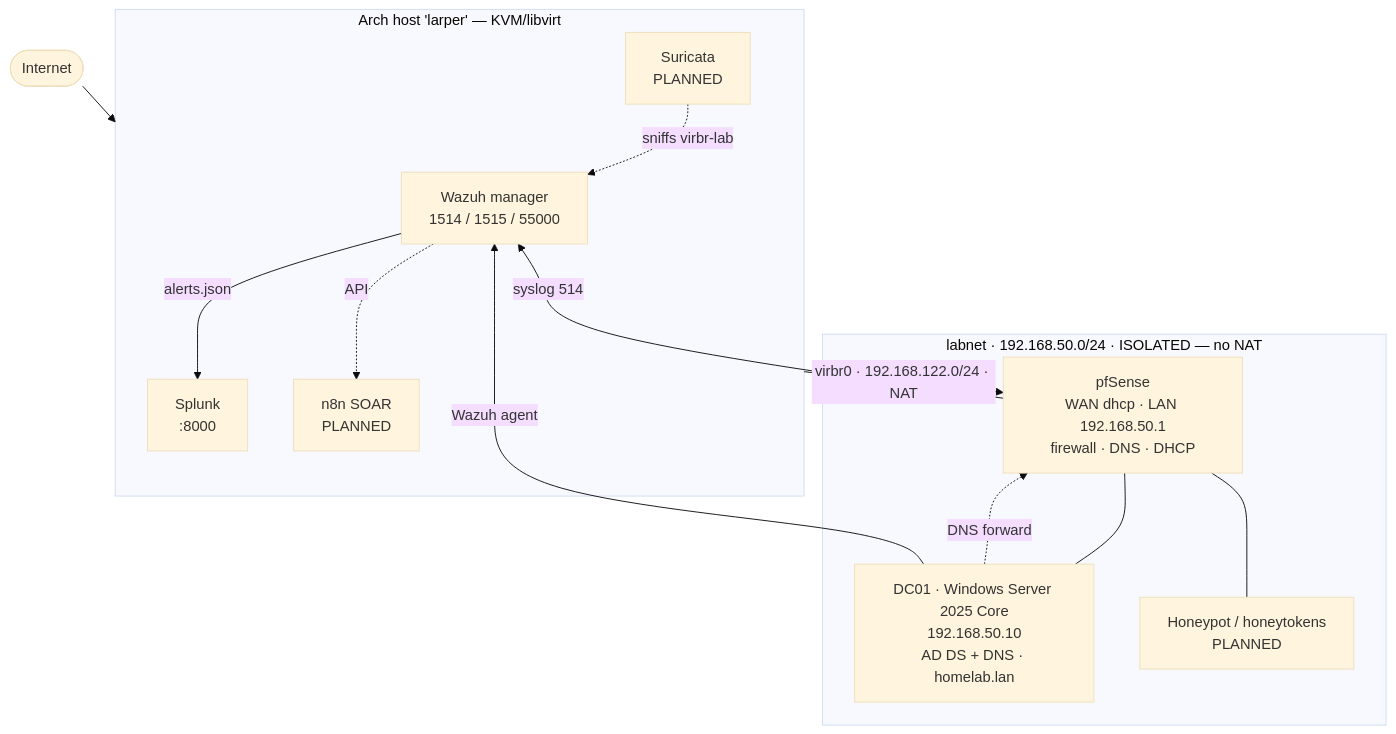
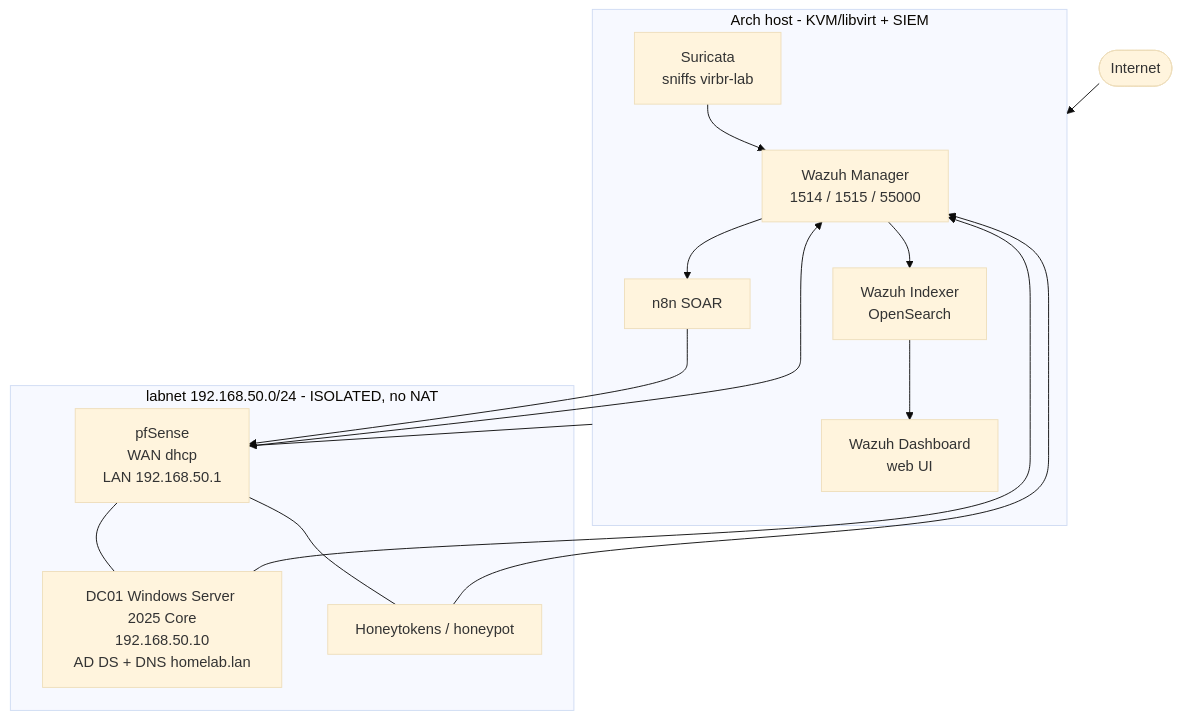
The diagram in README.md (HariCipher/soc-homelab), drawn with Mermaid (base theme) before and after one commit. The commit also changed other lines of this file and 29 other files, not shown here.

````diff
--- a/README.md
+++ b/README.md
@@ -16,29 +15,31 @@
 ```mermaid
 flowchart TB
-    NET([Internet])
+    NET(["Internet"])
 
-    subgraph HOST["Arch host 'larper' — KVM/libvirt"]
-        WZ[Wazuh manager<br/>1514 / 1515 / 55000]
-        SP[Splunk<br/>:8000]
-        N8[n8n SOAR<br/>PLANNED]
-        SU[Suricata<br/>PLANNED]
+    subgraph HOST["Arch host - KVM/libvirt + SIEM"]
+        WZM["Wazuh Manager<br>1514 / 1515 / 55000"]
+        WZI["Wazuh Indexer<br>OpenSearch"]
+        WZD["Wazuh Dashboard<br>web UI"]
+        SUR["Suricata<br>sniffs virbr-lab"]
+        N8N["n8n SOAR"]
+    end
+
+    subgraph LAB["labnet 192.168.50.0/24 - ISOLATED, no NAT"]
+        PF["pfSense<br>WAN dhcp<br>LAN 192.168.50.1"]
+        DC["DC01 Windows Server 2025 Core<br>192.168.50.10<br>AD DS + DNS homelab.lan"]
+        HP["Honeytokens / honeypot"]
     end
 
     NET --> HOST
-    HOST -->|virbr0 · 192.168.122.0/24 · NAT| PF
-
-    subgraph LAB["labnet · 192.168.50.0/24 · ISOLATED — no NAT"]
-        PF[pfSense<br/>WAN dhcp · LAN 192.168.50.1<br/>firewall · DNS · DHCP]
-        DC[DC01 · Windows Server 2025 Core<br/>192.168.50.10<br/>AD DS + DNS · homelab.lan]
-        HP[Honeypot / honeytokens<br/>PLANNED]
-    end
-
+    HOST --> PF
     PF --- DC
     PF --- HP
-    DC -.DNS forward.-> PF
-    DC -->|Wazuh agent| WZ
-    PF -->|syslog 514| WZ
-    SU -.sniffs virbr-lab.-> WZ
-    WZ -->|alerts.json| SP
-    WZ -.->|API| N8
+    DC --> WZM
+    PF --> WZM
+    SUR --> WZM
+    HP --> WZM
+    WZM --> WZI
+    WZI --> WZD
+    WZM --> N8N
+    N8N --> PF
 ```
````
